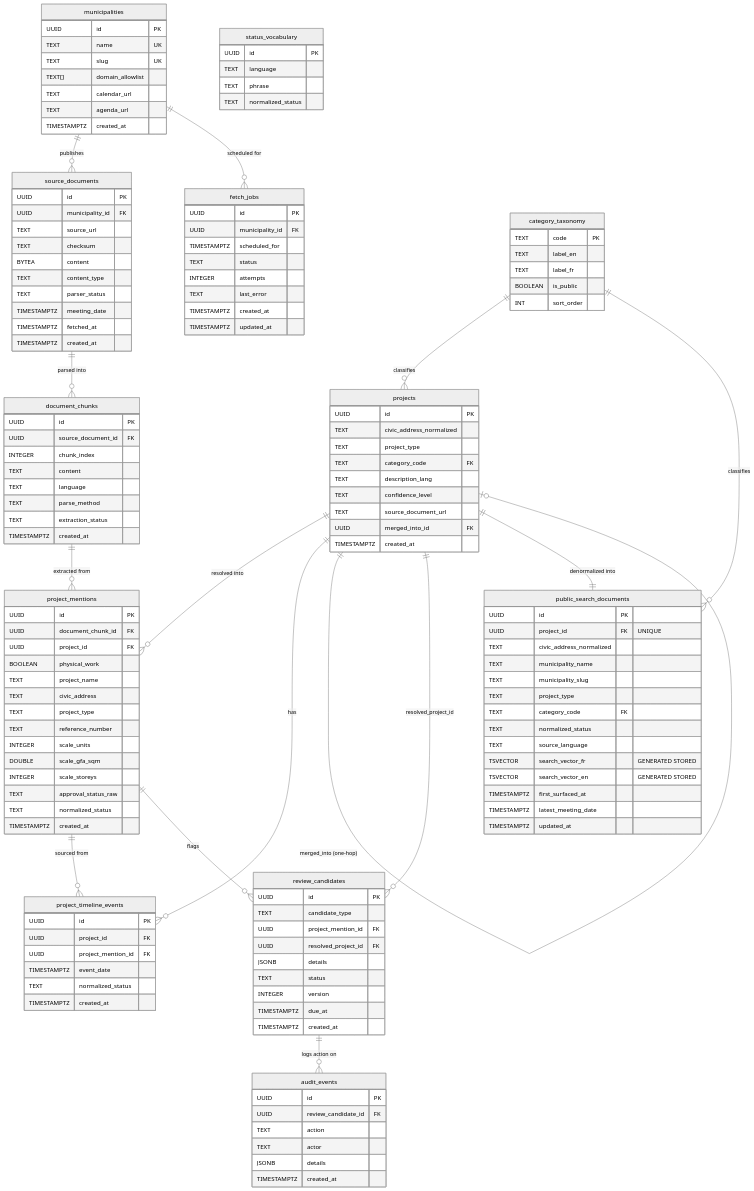
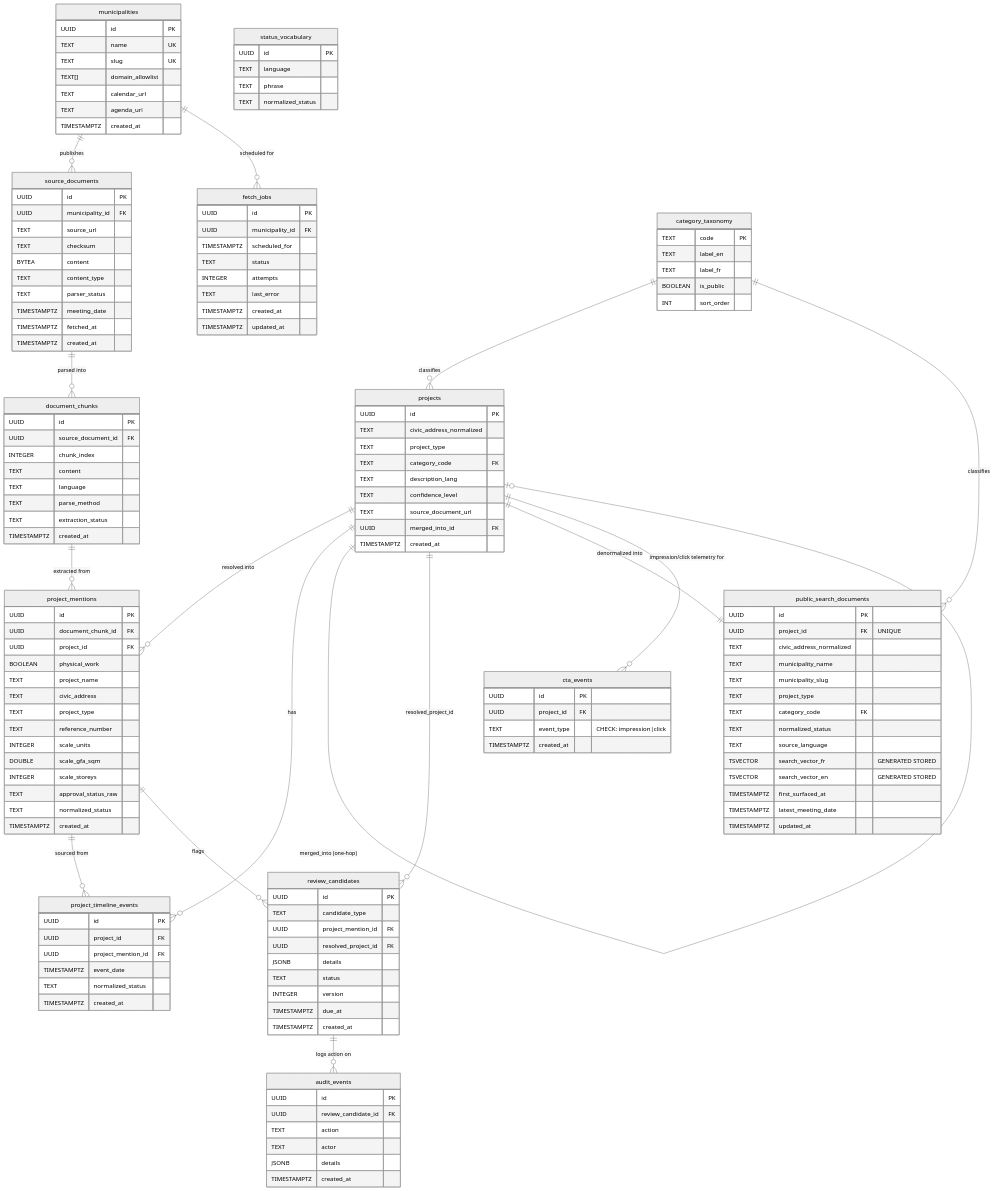
Before and after one commit to landovskis/ShovelsUp: the diagram in docs/architecture/erd.md, drawn with Mermaid (neutral theme). The commit also changed other lines of this file and 10 other files, not shown here.

First line of the commit message:
feat(web): non-modal upsell CTA on project detail page (REQ-014)

````diff
--- a/docs/architecture/erd.md
+++ b/docs/architecture/erd.md
@@ -176,6 +176,13 @@
         TIMESTAMPTZ updated_at
     }
 
+    cta_events {
+        UUID id PK
+        UUID project_id FK
+        TEXT event_type "CHECK: impression|click"
+        TIMESTAMPTZ created_at
+    }
+
     municipalities ||--o{ source_documents : "publishes"
     municipalities ||--o{ fetch_jobs : "scheduled for"
     source_documents ||--o{ document_chunks : "parsed into"
@@ -190,4 +197,5 @@
     review_candidates ||--o{ audit_events : "logs action on"
     projects ||--|| public_search_documents : "denormalized into"
     category_taxonomy ||--o{ public_search_documents : "classifies"
+    projects ||--o{ cta_events : "impression/click telemetry for"
 ```
````
